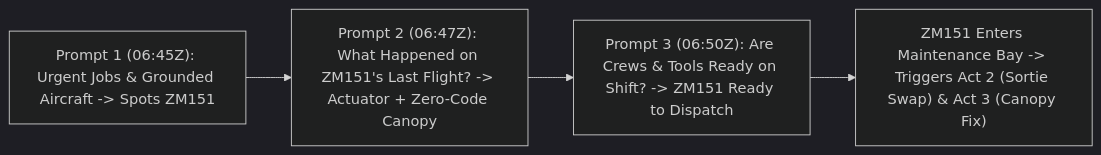
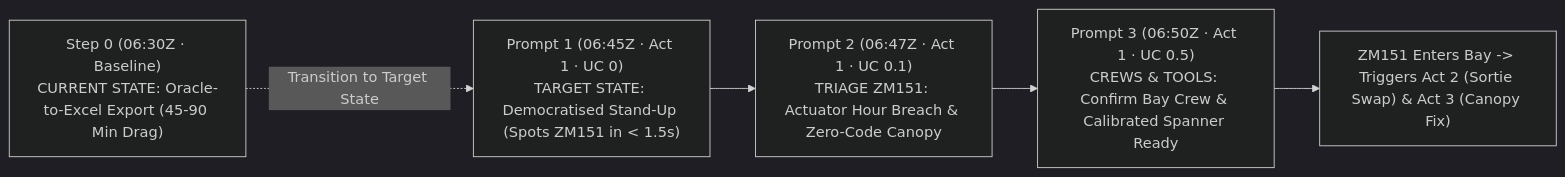
Before and after one commit to edwardsda-prog/f35: the second of 4 diagrams in DEMO_STORYBOARD.md, drawn with Mermaid (dark theme). The commit also changed other lines of this file and 49 other files, not shown here.

````diff
--- a/DEMO_STORYBOARD.md
+++ b/DEMO_STORYBOARD.md
@@ -68,6 +144,7 @@
 ```mermaid
 flowchart LR
-    P1["Prompt 1 (06:45Z): Urgent Jobs & Grounded Aircraft -> Spots ZM151"] --> P2["Prompt 2 (06:47Z): What Happened on ZM151's Last Flight? -> Actuator + Zero-Code Canopy"]
-    P2 --> P3["Prompt 3 (06:50Z): Are Crews & Tools Ready on Shift? -> ZM151 Ready to Dispatch"]
-    P3 --> E1["ZM151 Enters Maintenance Bay -> Triggers Act 2 (Sortie Swap) & Act 3 (Canopy Fix)"]
+    S0["Step 0 (06:30Z · Baseline)<br/>CURRENT STATE: Oracle-to-Excel Export (45-90 Min Drag)"] -.->|Transition to Target State| P1["Prompt 1 (06:45Z · Act 1 · UC 0)<br/>TARGET STATE: Democratised Stand-Up (Spots ZM151 in < 1.5s)"]
+    P1 --> P2["Prompt 2 (06:47Z · Act 1 · UC 0.1)<br/>TRIAGE ZM151: Actuator Hour Breach & Zero-Code Canopy"]
+    P2 --> P3["Prompt 3 (06:50Z · Act 1 · UC 0.5)<br/>CREWS & TOOLS: Confirm Bay Crew & Calibrated Spanner Ready"]
+    P3 --> E1["ZM151 Enters Bay -> Triggers Act 2 (Sortie Swap) & Act 3 (Canopy Fix)"]
 ```
````
